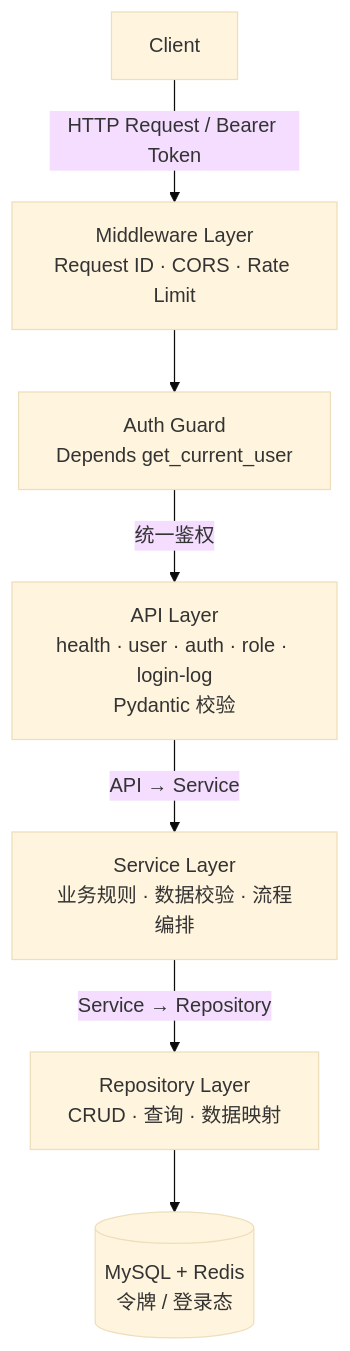
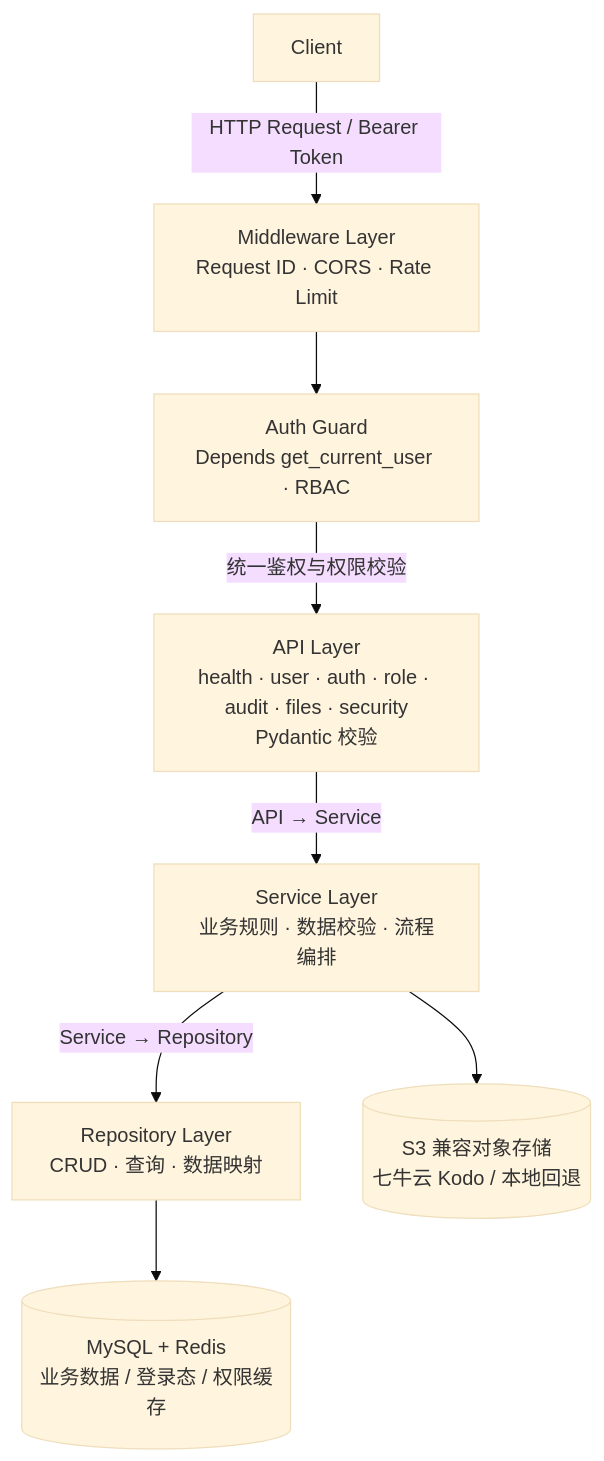
The first of 2 diagrams in README.md (cross-lang/x-HanJiang), drawn with Mermaid (base theme) before and after one commit. The commit also changed other lines of this file and 5 other files, not shown here.

````diff
--- a/README.md
+++ b/README.md
@@ -82,9 +90,10 @@
 ```mermaid
 flowchart TD
     Client[Client] -->|HTTP Request / Bearer Token| MW[Middleware Layer<br/>Request ID · CORS · Rate Limit]
-    MW --> Guard[Auth Guard<br/>Depends get_current_user]
-    Guard -->|统一鉴权| API[API Layer<br/>health · user · auth · role · login-log<br/>Pydantic 校验]
+    MW --> Guard[Auth Guard<br/>Depends get_current_user · RBAC]
+    Guard -->|统一鉴权与权限校验| API[API Layer<br/>health · user · auth · role · audit · files · security<br/>Pydantic 校验]
     API -->|API → Service| SVC[Service Layer<br/>业务规则 · 数据校验 · 流程编排]
     SVC -->|Service → Repository| REPO[Repository Layer<br/>CRUD · 查询 · 数据映射]
-    REPO --> DB[(MySQL + Redis<br/>令牌 / 登录态)]
+    REPO --> DB[(MySQL + Redis<br/>业务数据 / 登录态 / 权限缓存)]
+    SVC --> OSS[(S3 兼容对象存储<br/>七牛云 Kodo / 本地回退)]
 ```
````
